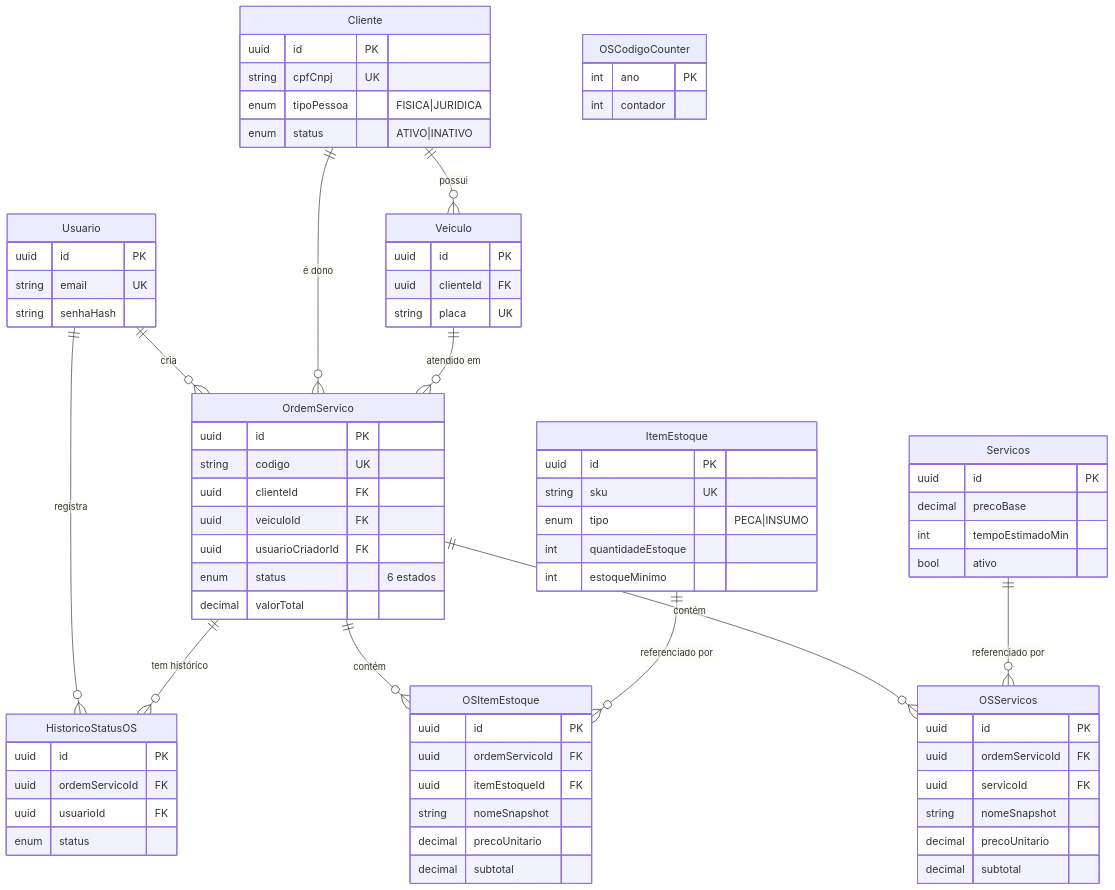
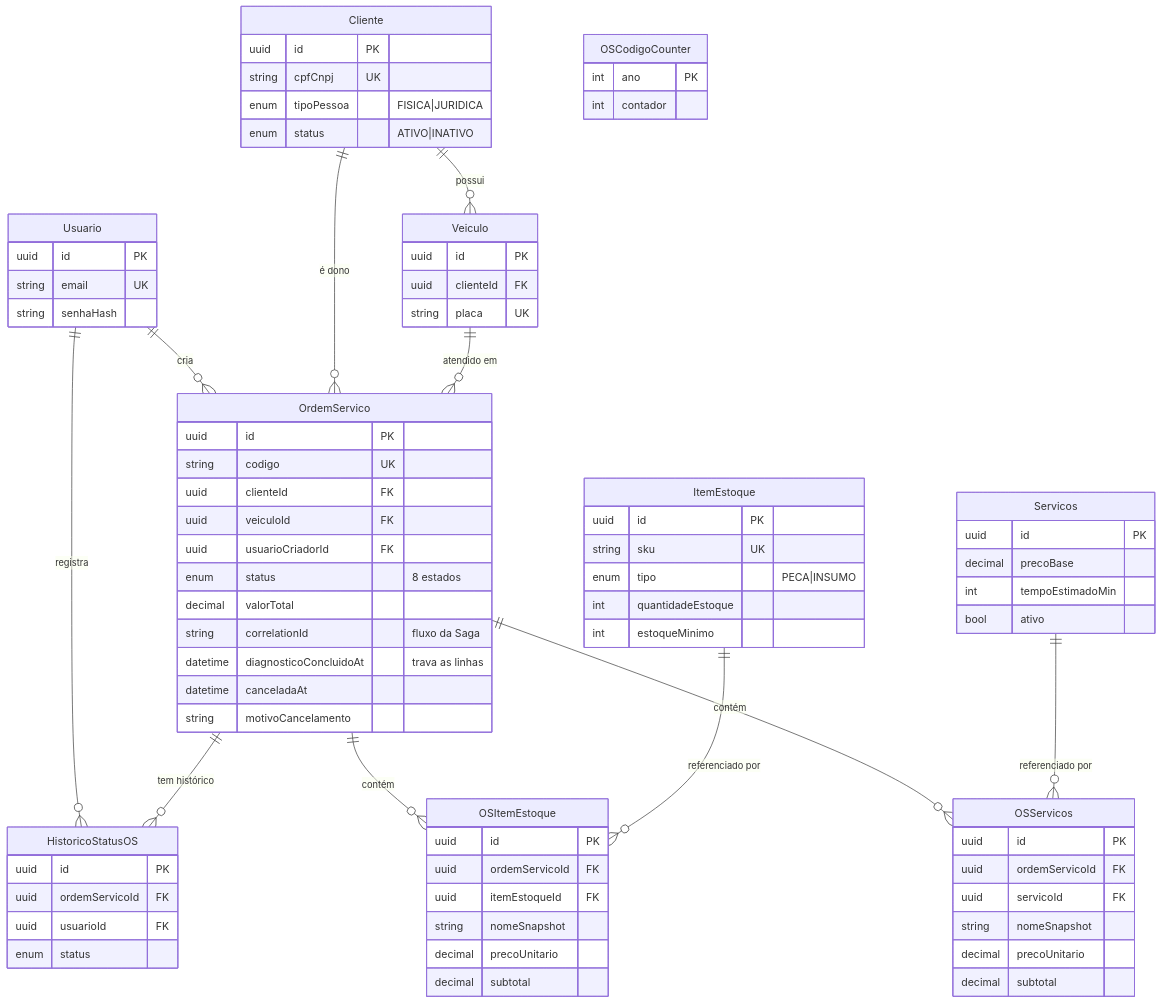
Before and after one commit to LucasValada/tech-challenge-fiap: the ninth of 11 diagrams in README.md, drawn with Mermaid. The commit also changed other lines of this file and 25 other files, not shown here.

````diff
--- a/README.md
+++ b/README.md
@@ -335,78 +567,82 @@
 ```mermaid
 erDiagram
     Usuario ||--o{ OrdemServico : "cria"
     Usuario ||--o{ HistoricoStatusOS : "registra"
     Cliente ||--o{ Veiculo : "possui"
     Cliente ||--o{ OrdemServico : "é dono"
     Veiculo ||--o{ OrdemServico : "atendido em"
     OrdemServico ||--o{ OSServicos : "contém"
     OrdemServico ||--o{ OSItemEstoque : "contém"
     OrdemServico ||--o{ HistoricoStatusOS : "tem histórico"
     Servicos ||--o{ OSServicos : "referenciado por"
     ItemEstoque ||--o{ OSItemEstoque : "referenciado por"
 
     Usuario {
         uuid id PK
         string email UK
         string senhaHash
     }
     Cliente {
         uuid id PK
         string cpfCnpj UK
         enum tipoPessoa "FISICA|JURIDICA"
         enum status "ATIVO|INATIVO"
     }
     Veiculo {
         uuid id PK
         uuid clienteId FK
         string placa UK
     }
     Servicos {
         uuid id PK
         decimal precoBase
         int tempoEstimadoMin
         bool ativo
     }
     ItemEstoque {
         uuid id PK
         string sku UK
         enum tipo "PECA|INSUMO"
         int quantidadeEstoque
         int estoqueMinimo
     }
     OrdemServico {
         uuid id PK
         string codigo UK
         uuid clienteId FK
         uuid veiculoId FK
         uuid usuarioCriadorId FK
-        enum status "6 estados"
+        enum status "8 estados"
         decimal valorTotal
+        string correlationId "fluxo da Saga"
+        datetime diagnosticoConcluidoAt "trava as linhas"
+        datetime canceladaAt
+        string motivoCancelamento
     }
     OSServicos {
         uuid id PK
         uuid ordemServicoId FK
         uuid servicoId FK
         string nomeSnapshot
         decimal precoUnitario
         decimal subtotal
     }
     OSItemEstoque {
         uuid id PK
         uuid ordemServicoId FK
         uuid itemEstoqueId FK
         string nomeSnapshot
         decimal precoUnitario
         decimal subtotal
     }
     HistoricoStatusOS {
         uuid id PK
         uuid ordemServicoId FK
         uuid usuarioId FK
         enum status
     }
     OSCodigoCounter {
         int ano PK
         int contador
     }
 ```
````
